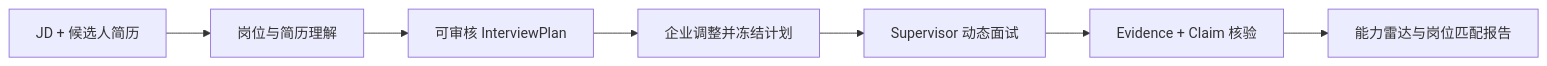
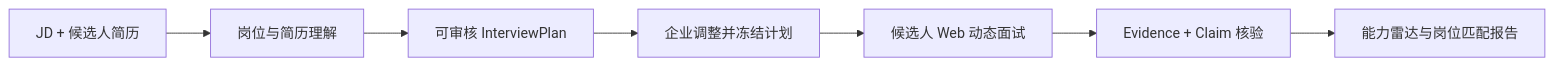
Before and after one commit to hr-huang/AI_Interview: the first of 2 diagrams in README.md, drawn with Mermaid. The commit also changed other lines of this file, not shown here.

````diff
--- a/README.md
+++ b/README.md
@@ -11,9 +11,9 @@
 ```mermaid
 flowchart LR
     A["JD + 候选人简历"] --> B["岗位与简历理解"]
     B --> C["可审核 InterviewPlan"]
     C --> D["企业调整并冻结计划"]
-    D --> E["Supervisor 动态面试"]
+    D --> E["候选人 Web 动态面试"]
     E --> F["Evidence + Claim 核验"]
     F --> G["能力雷达与岗位匹配报告"]
 ```
````
